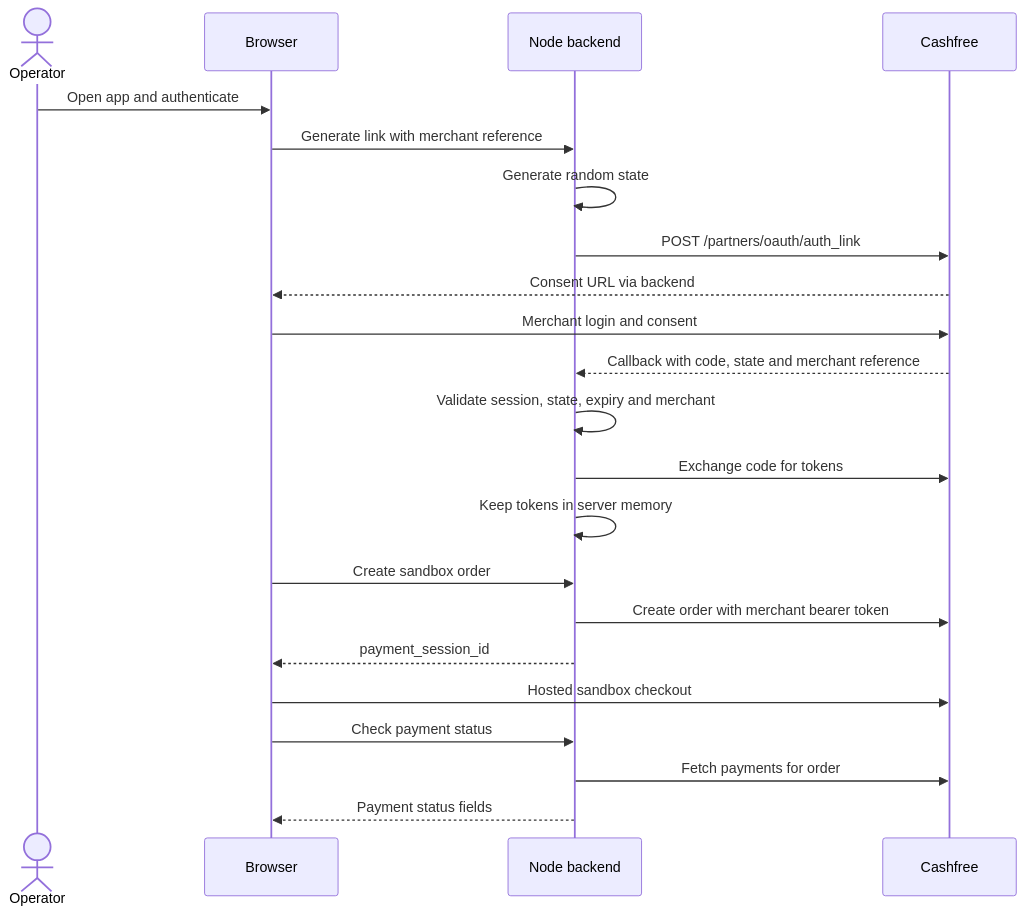
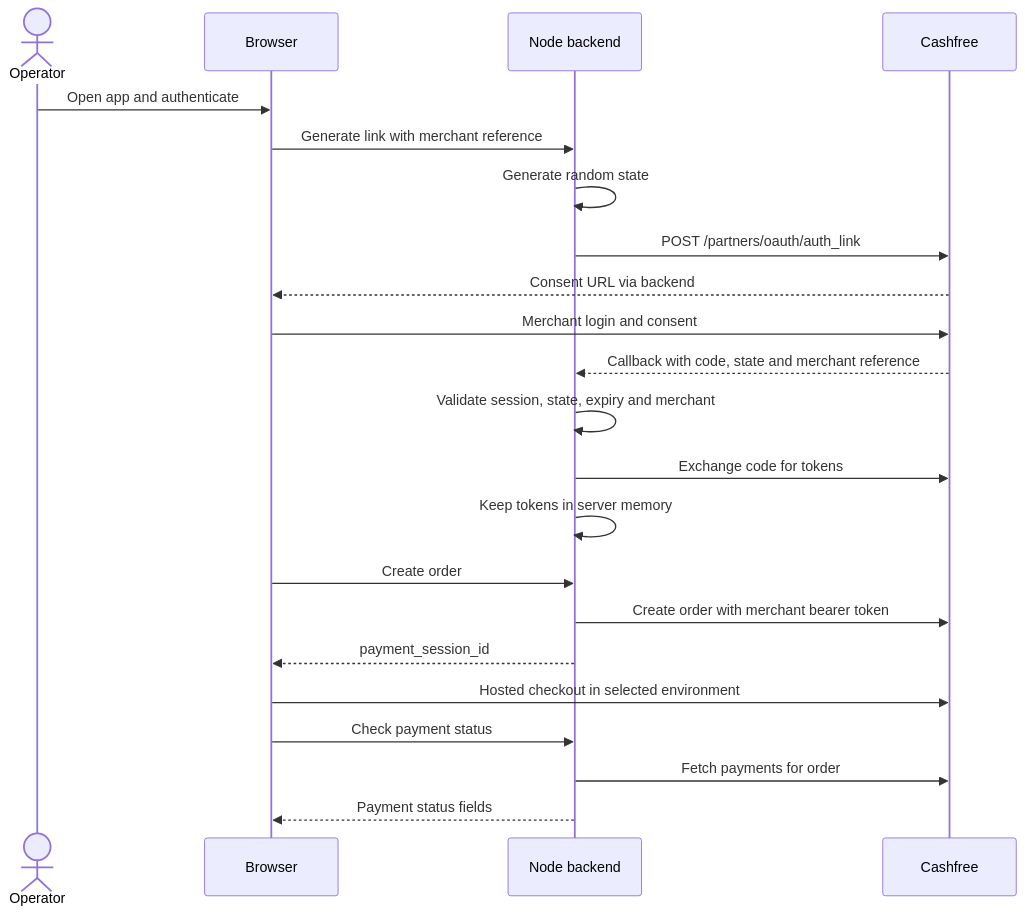
The diagram in partner_oauth_flow/README.md (cashfree/pg-samples), drawn with Mermaid before and after one commit. The commit also changed other lines of this file and 10 other files, not shown here.

````diff
--- a/partner_oauth_flow/README.md
+++ b/partner_oauth_flow/README.md
@@ -57,24 +98,24 @@
 ```mermaid
 sequenceDiagram
     actor Operator
     participant Browser
     participant App as Node backend
     participant Cashfree
     Operator->>Browser: Open app and authenticate
     Browser->>App: Generate link with merchant reference
     App->>App: Generate random state
     App->>Cashfree: POST /partners/oauth/auth_link
     Cashfree-->>Browser: Consent URL via backend
     Browser->>Cashfree: Merchant login and consent
     Cashfree-->>App: Callback with code, state and merchant reference
     App->>App: Validate session, state, expiry and merchant
     App->>Cashfree: Exchange code for tokens
     App->>App: Keep tokens in server memory
-    Browser->>App: Create sandbox order
+    Browser->>App: Create order
     App->>Cashfree: Create order with merchant bearer token
     App-->>Browser: payment_session_id
-    Browser->>Cashfree: Hosted sandbox checkout
+    Browser->>Cashfree: Hosted checkout in selected environment
     Browser->>App: Check payment status
     App->>Cashfree: Fetch payments for order
     App-->>Browser: Payment status fields
 ```
````
